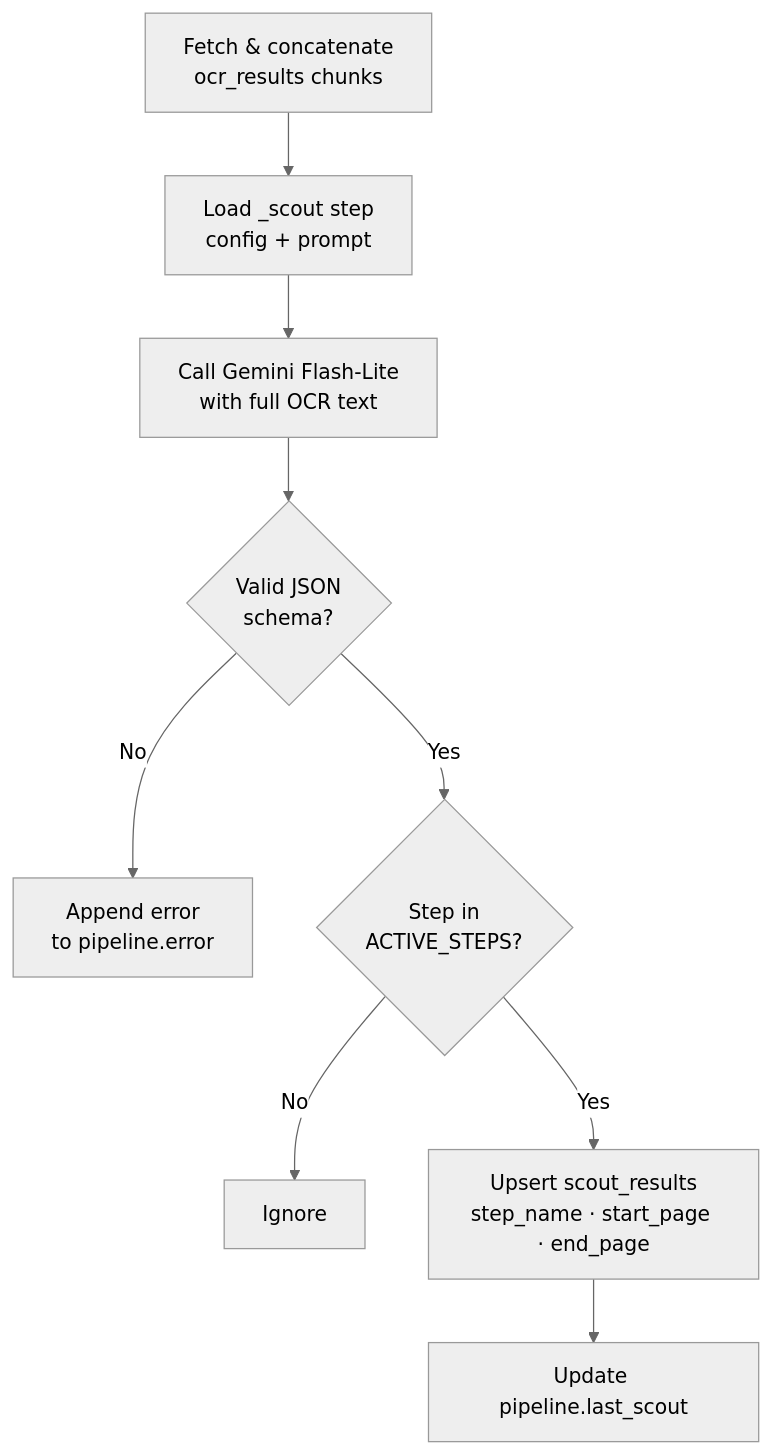
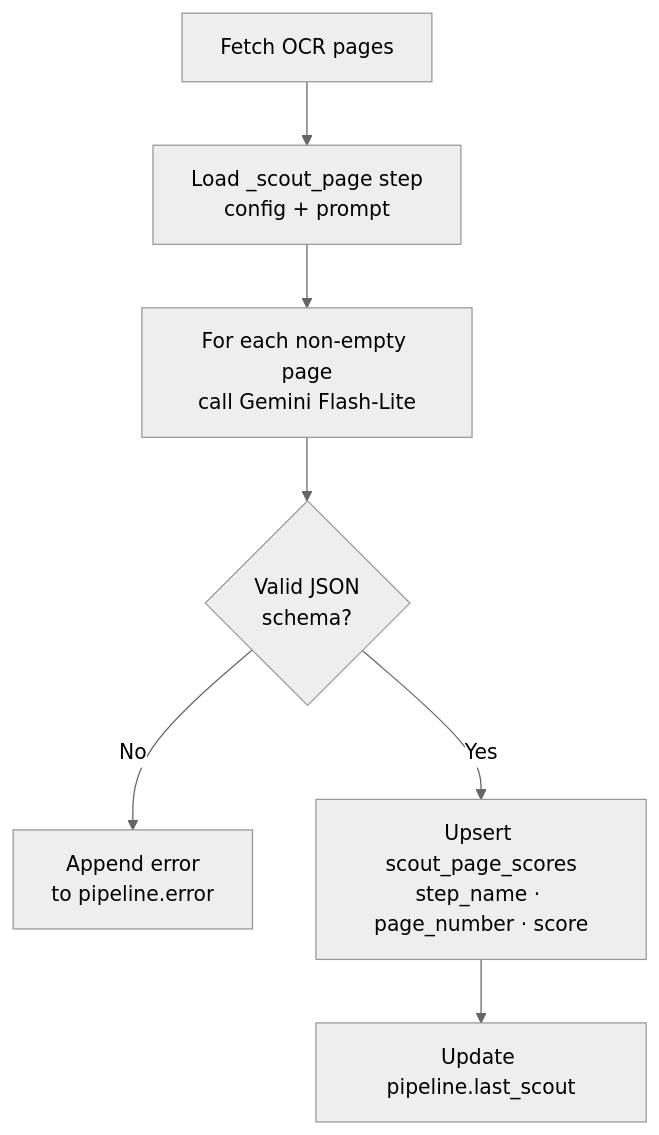
One commit to ArthurrMrv/research_ocr_pipeline changed the fourth of 8 diagrams in README.md. Above: the diagram before and after it, drawn with Mermaid (neutral theme). The commit also changed other lines of this file and 41 other files, not shown here.

Commit message:
Refactor scout steps and add contract tests

````diff
--- a/README.md
+++ b/README.md
@@ -87,11 +82,9 @@
 ```mermaid
 flowchart TD
-    A[Fetch & concatenate\nocr_results chunks] --> B[Load _scout step\nconfig + prompt]
-    B --> C[Call Gemini Flash-Lite\nwith full OCR text]
+    A[Fetch OCR pages] --> B[Load _scout_page step\nconfig + prompt]
+    B --> C[For each non-empty page\ncall Gemini Flash-Lite]
     C --> D{Valid JSON\nschema?}
     D -- No --> E[Append error\nto pipeline.error]
-    D -- Yes --> F{Step in\nACTIVE_STEPS?}
-    F -- No --> G[Ignore]
-    F -- Yes --> H[Upsert scout_results\nstep_name · start_page · end_page]
-    H --> I[Update pipeline.last_scout]
+    D -- Yes --> F[Upsert scout_page_scores\nstep_name · page_number · score]
+    F --> I[Update pipeline.last_scout]
 ```
````
